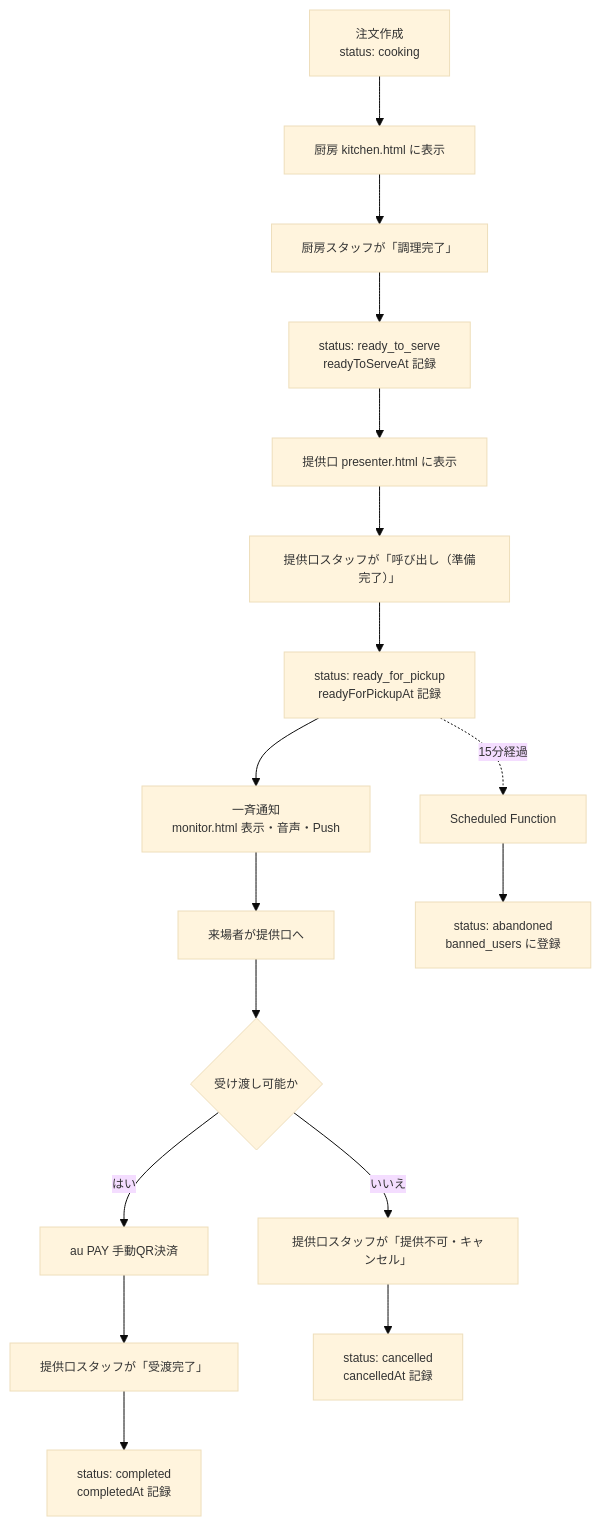
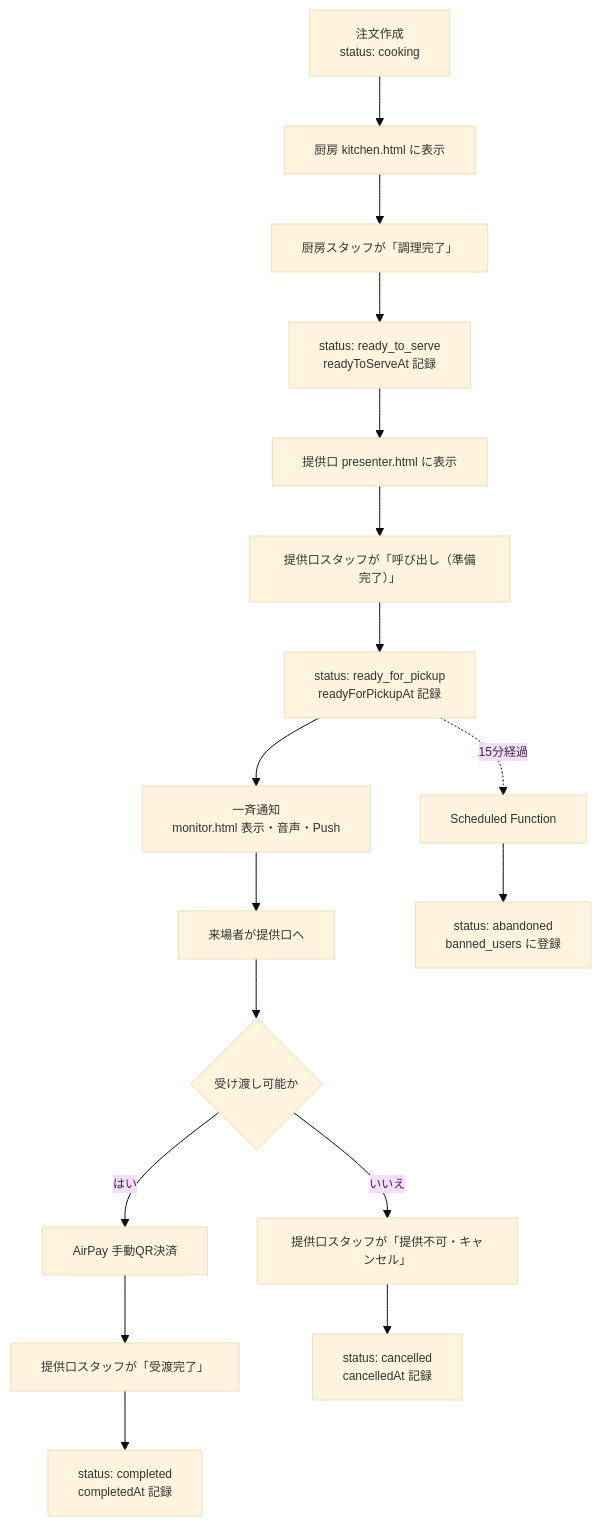
One commit to ynr-cs/nanryosai2026 changed the first of 2 diagrams in 設計図/sandbox/第7章.md. Above: the diagram before and after it, drawn with Mermaid. The commit also changed other lines of this file and 28 other files, not shown here.

````diff
--- a/設計図/sandbox/第7章.md
+++ b/設計図/sandbox/第7章.md
@@ -13,21 +13,21 @@
 ```mermaid
 %%{init: {'theme': 'base', 'themeVariables': { 'fontSize': '12px' }}}%%
 flowchart TD
     A[注文作成<br/>status: cooking] --> B[厨房 kitchen.html に表示]
     B --> C[厨房スタッフが「調理完了」]
     C --> D[status: ready_to_serve<br/>readyToServeAt 記録]
     D --> E[提供口 presenter.html に表示]
     E --> F[提供口スタッフが「呼び出し（準備完了）」]
     F --> G[status: ready_for_pickup<br/>readyForPickupAt 記録]
     G --> H[一斉通知<br/>monitor.html 表示・音声・Push]
     H --> I[来場者が提供口へ]
     I --> J{受け渡し可能か}
-    J -->|はい| K[au PAY 手動QR決済]
+    J -->|はい| K[AirPay 手動QR決済]
     K --> L[提供口スタッフが「受渡完了」]
     L --> M[status: completed<br/>completedAt 記録]
     J -->|いいえ| N[提供口スタッフが「提供不可・キャンセル」]
     N --> O[status: cancelled<br/>cancelledAt 記録]
 
     G -.->|15分経過| P[Scheduled Function]
     P --> Q[status: abandoned<br/>banned_users に登録]
 ```
````
